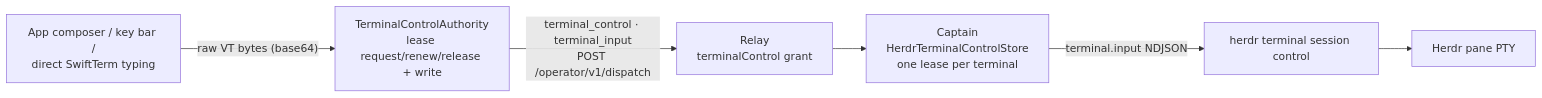
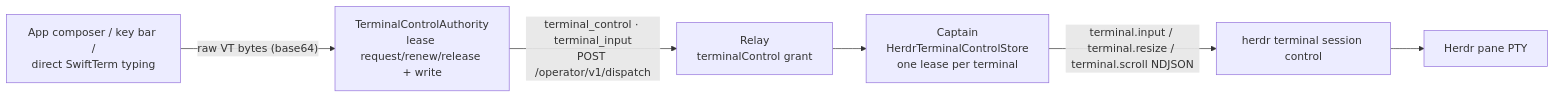
One commit to Volpestyle/clankie changed the diagram in docs/adr/0144-the-phone-reaches-into-the-pane.md. Above: the diagram before and after it, drawn with Mermaid. The commit also changed other lines of this file and 7 other files, not shown here.

Commit message:
Resize and scroll Herdr panes through control leases

````diff
--- a/docs/adr/0144-the-phone-reaches-into-the-pane.md
+++ b/docs/adr/0144-the-phone-reaches-into-the-pane.md
@@ -56,8 +62,8 @@
 ```mermaid
 flowchart LR
   Composer["App composer / key bar /<br/>direct SwiftTerm typing"] -->|"raw VT bytes (base64)"| Authority["TerminalControlAuthority<br/>lease request/renew/release + write"]
   Authority -->|"terminal_control · terminal_input<br/>POST /operator/v1/dispatch"| Relay["Relay<br/>terminalControl grant"]
   Relay --> Captain["Captain<br/>HerdrTerminalControlStore<br/>one lease per terminal"]
-  Captain -->|"terminal.input NDJSON"| Control["herdr terminal session control"]
+  Captain -->|"terminal.input / terminal.resize / terminal.scroll NDJSON"| Control["herdr terminal session control"]
   Control --> Pane["Herdr pane PTY"]
 ```
````
